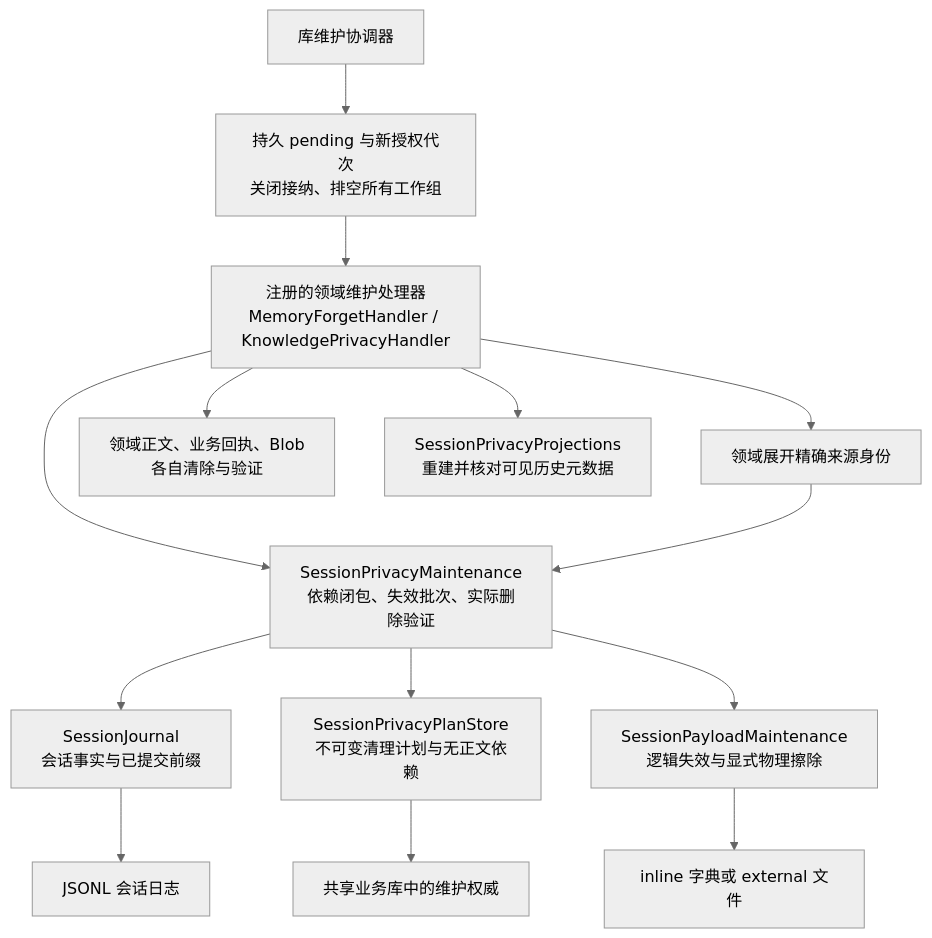
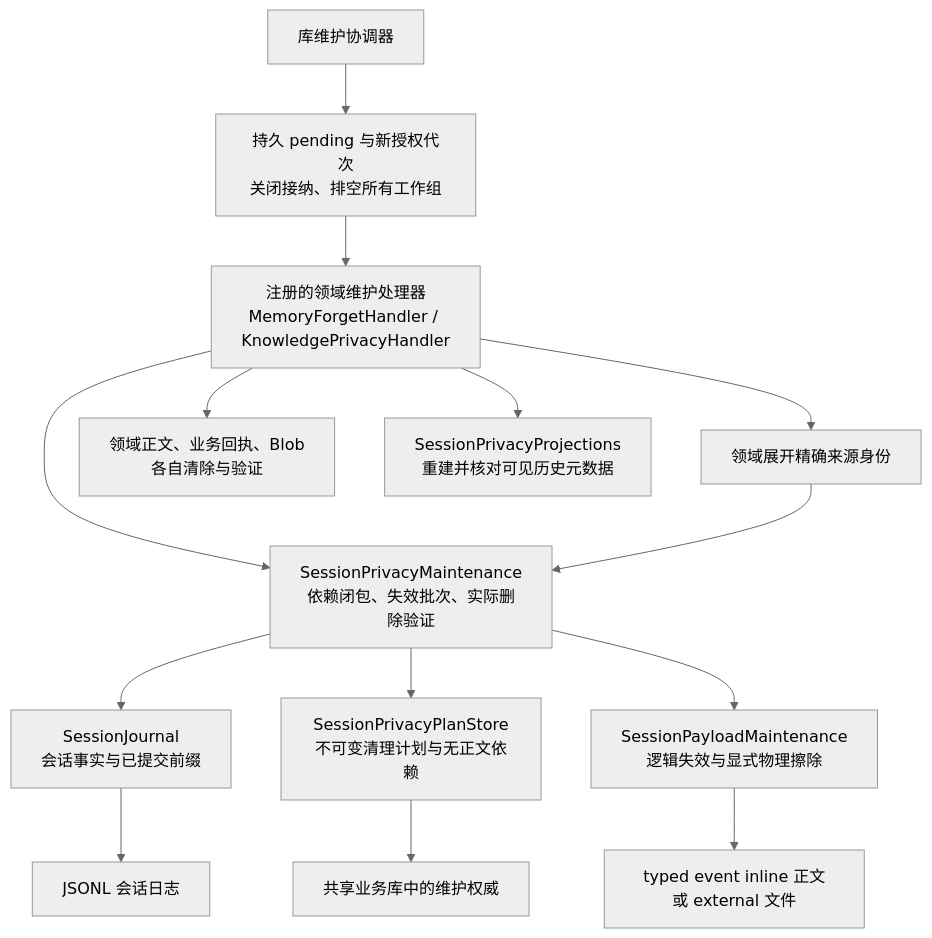
Before and after one commit to alwynou/mira: the first of 2 diagrams in docs/architecture/AGENT_SESSION_PRIVACY.md, drawn with Mermaid (neutral theme). The commit also changed other lines of this file and 52 other files, not shown here.

````diff
--- a/docs/architecture/AGENT_SESSION_PRIVACY.md
+++ b/docs/architecture/AGENT_SESSION_PRIVACY.md
@@ -9,16 +9,16 @@
 ```mermaid
 flowchart TB
   Coordinator[库维护协调器] --> Gate[持久 pending 与新授权代次\n关闭接纳、排空所有工作组]
   Gate --> Domain[注册的领域维护处理器\nMemoryForgetHandler / KnowledgePrivacyHandler]
   Domain --> Roots[领域展开精确来源身份]
   Domain --> Engine[SessionPrivacyMaintenance\n依赖闭包、失效批次、实际删除验证]
   Roots --> Engine
   Engine --> Journal[SessionJournal\n会话事实与已提交前缀]
   Engine --> Plans[SessionPrivacyPlanStore\n不可变清理计划与无正文依赖]
   Engine --> Bodies[SessionPayloadMaintenance\n逻辑失效与显式物理擦除]
   Domain --> Business[领域正文、业务回执、Blob\n各自清除与验证]
   Domain --> Projection[SessionPrivacyProjections\n重建并核对可见历史元数据]
   Plans --> SQLite[共享业务库中的维护权威]
   Journal --> Files[JSONL 会话日志]
-  Bodies --> Payloads[inline 字典或 external 文件]
+  Bodies --> Payloads[typed event inline 正文或 external 文件]
 ```
````
